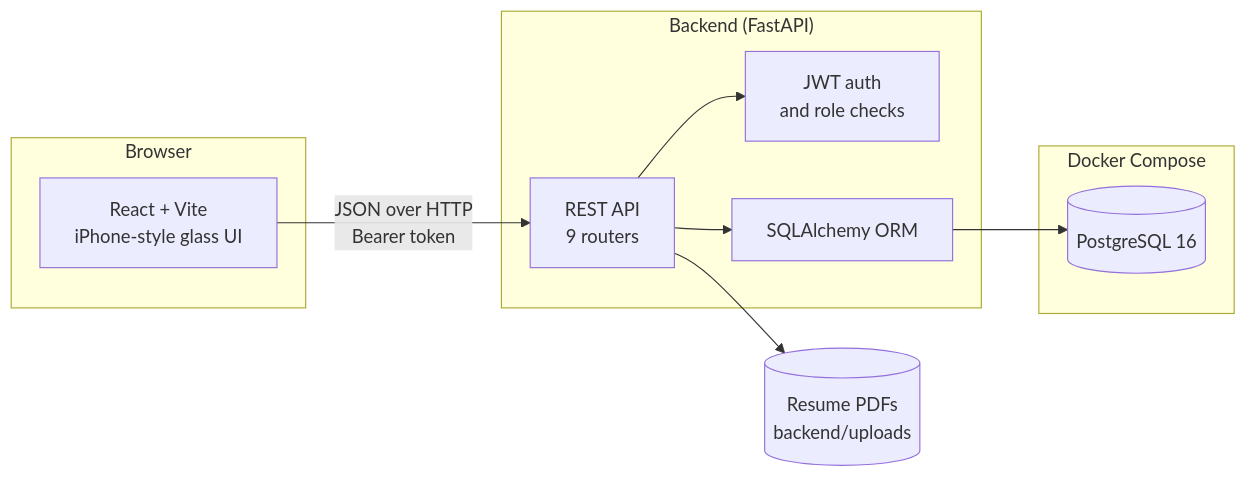
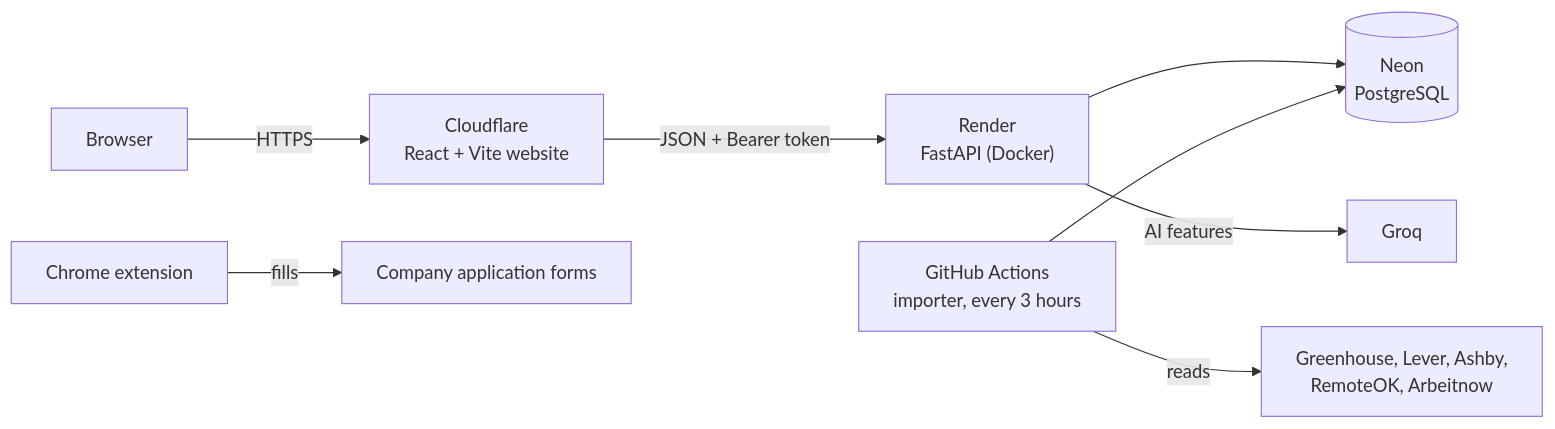
One commit to narasimha4576/swipeX changed the diagram in README.md. Above: the diagram before and after it, drawn with Mermaid. The commit also changed other lines of this file, not shown here.

Commit message:
Update README: live deployment, Days 1 to 46 and roadmap

````diff
--- a/README.md
+++ b/README.md
@@ -81,24 +70,10 @@
 ```mermaid
 flowchart LR
-    subgraph Client["Browser"]
-        UI["React + Vite<br/>iPhone-style glass UI"]
-    end
-
-    subgraph Server["Backend (FastAPI)"]
-        API["REST API<br/>9 routers"]
-        AUTH["JWT auth<br/>and role checks"]
-        ORM["SQLAlchemy ORM"]
-    end
-
-    subgraph Docker["Docker Compose"]
-        PG[("PostgreSQL 16")]
-    end
-
-    FS[("Resume PDFs<br/>backend/uploads")]
-
-    UI -- "JSON over HTTP<br/>Bearer token" --> API
-    API --> AUTH
-    API --> ORM
-    ORM --> PG
-    API --> FS
+    U["Browser"] -->|HTTPS| CF["Cloudflare<br/>React + Vite website"]
+    CF -->|JSON + Bearer token| API["Render<br/>FastAPI (Docker)"]
+    API --> DB[("Neon<br/>PostgreSQL")]
+    GH["GitHub Actions<br/>importer, every 3 hours"] --> DB
+    GH -->|reads| B["Greenhouse, Lever, Ashby,<br/>RemoteOK, Arbeitnow"]
+    API -->|AI features| G["Groq"]
+    EXT["Chrome extension"] -->|fills| F["Company application forms"]
 ```
````
